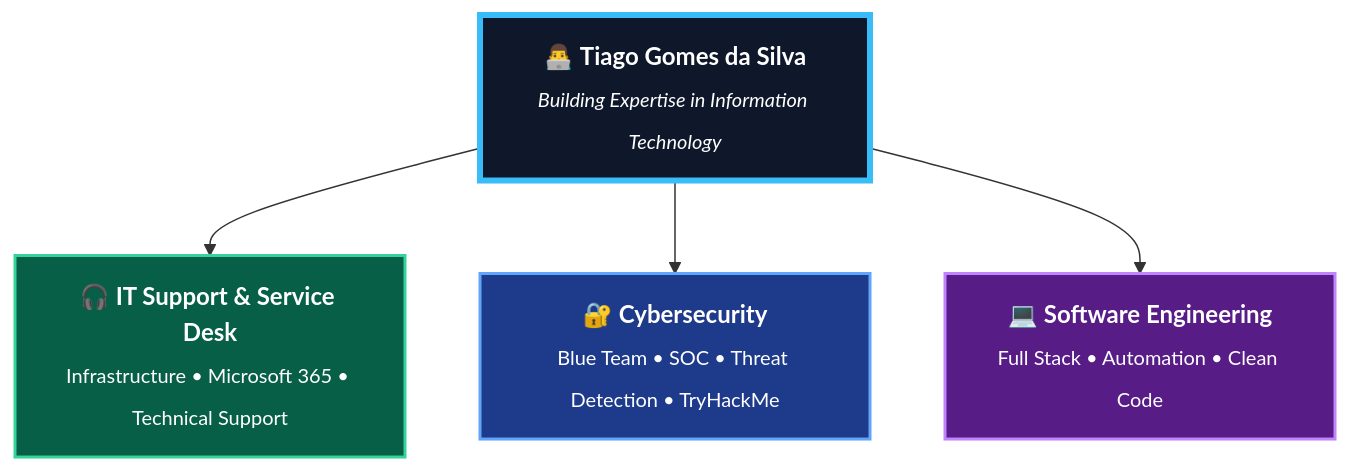
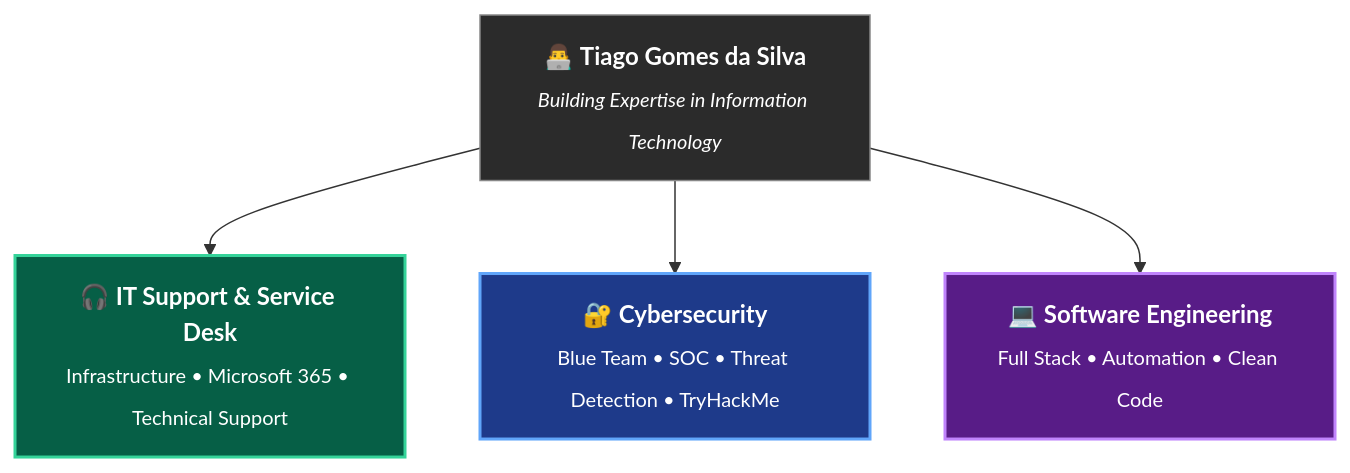
Before and after one commit to TiagoSilva00/TiagoSilva00: the diagram in README.md, drawn with Mermaid.

````diff
--- a/README.md
+++ b/README.md
@@ -44,17 +44,17 @@
 ```mermaid
 graph TD
 
     A["👨‍💻 <b>Tiago Gomes da Silva</b><br/><sub><i>Building Expertise in Information Technology</i></sub>"]
 
     A --> B["🎧 <b>IT Support & Service Desk</b><br/><sub>Infrastructure • Microsoft 365 • Technical Support</sub>"]
 
     A --> C["🔐 <b>Cybersecurity</b><br/><sub>Blue Team • SOC • Threat Detection • TryHackMe</sub>"]
 
     A --> D["💻 <b>Software Engineering</b><br/><sub>Full Stack • Automation • Clean Code</sub>"]
 
-    style A fill:#0F172A,color:#FFFFFF,stroke:#38BDF8,stroke-width:4px
+    style A fill:#2b2b2b,color:#fff,stroke:#888,stroke-width:1px
 
     style B fill:#065F46,color:#FFFFFF,stroke:#34D399,stroke-width:2px
     style C fill:#1E3A8A,color:#FFFFFF,stroke:#60A5FA,stroke-width:2px
     style D fill:#581C87,color:#FFFFFF,stroke:#C084FC,stroke-width:2px
 ```
````
